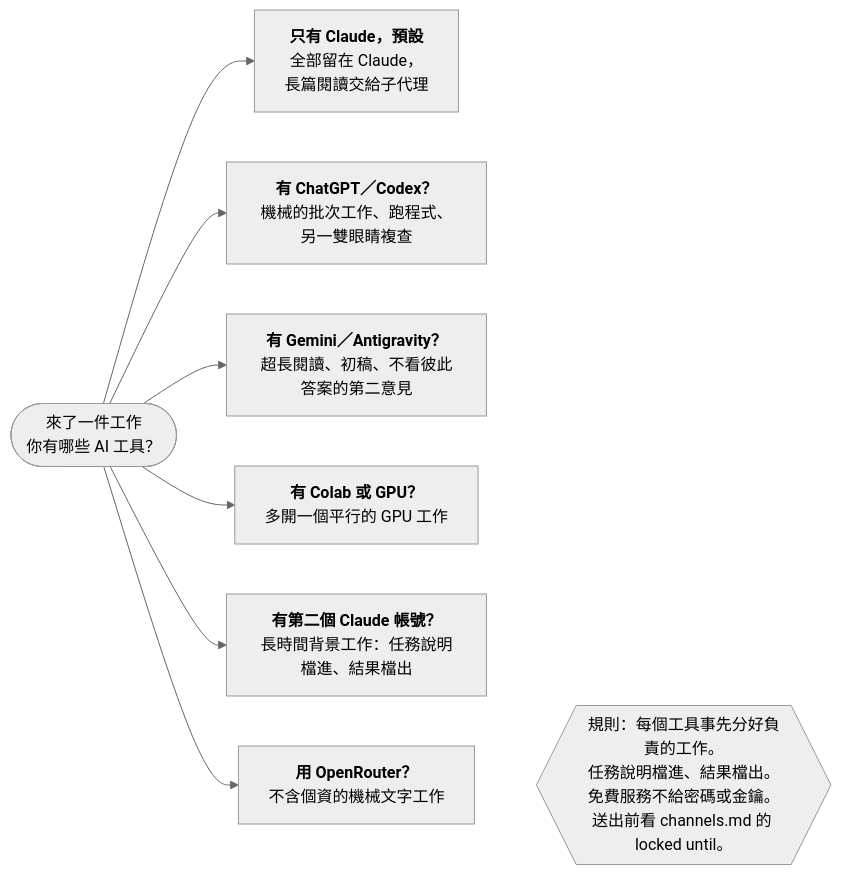
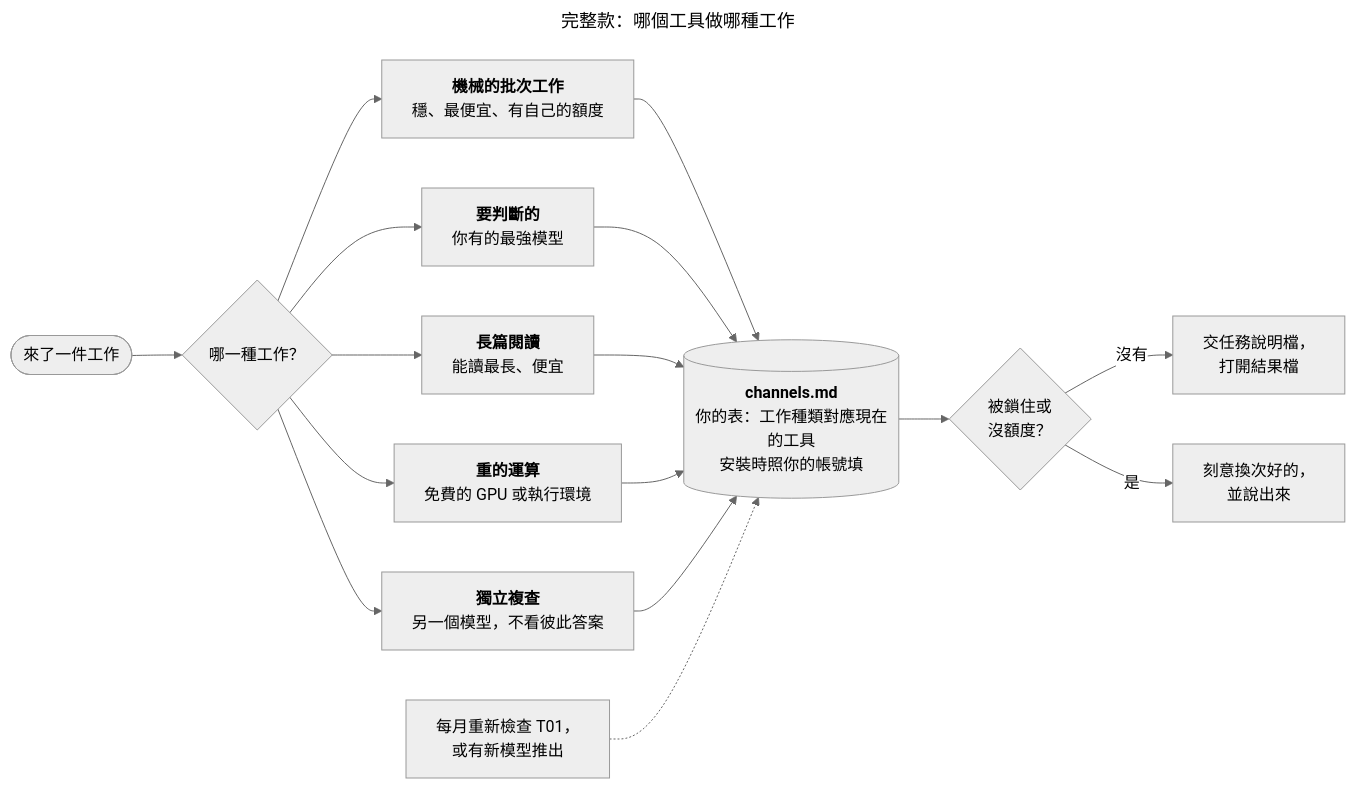
The sixth of 6 diagrams in docs/zh-TW/進階功能.md (0Smallcat0/second-brain-kit), drawn with Mermaid (neutral theme) before and after one commit. The commit also changed other lines of this file and 48 other files, not shown here.

````diff
--- a/docs/zh-TW/進階功能.md
+++ b/docs/zh-TW/進階功能.md
@@ -180,12 +241,17 @@
 ```mermaid
+---
+title: "完整款：哪個工具做哪種工作"
+---
 flowchart LR
-  J(["來了一件工作<br/>你有哪些 AI 工具？"])
-  J --> C0["<b>只有 Claude，預設</b><br/>全部留在 Claude，<br/>長篇閱讀交給子代理"]
-  J --> C1["<b>有 ChatGPT／Codex？</b><br/>機械的批次工作、跑程式、另一雙眼睛複查"]
-  J --> C2["<b>有 Gemini／Antigravity？</b><br/>超長閱讀、初稿、不看彼此答案的第二意見"]
-  J --> C3["<b>有 Colab 或 GPU？</b><br/>多開一個平行的 GPU 工作"]
-  J --> C4["<b>有第二個 Claude 帳號？</b><br/>長時間背景工作：任務說明檔進、結果檔出"]
-  J --> C5["<b>用 OpenRouter？</b><br/>不含個資的機械文字工作"]
-  R{{"規則：每個工具事先分好負責的工作。<br/>任務說明檔進、結果檔出。免費服務不給密碼或金鑰。<br/>送出前看 channels.md 的 locked until。"}}
-  C5 ~~~ R
+  J(["來了一件工作"]) --> K{"哪一種工作？"}
+  K --> B1["<b>機械的批次工作</b><br/>穩、最便宜、有自己的額度"]
+  K --> B2["<b>要判斷的</b><br/>你有的最強模型"]
+  K --> B3["<b>長篇閱讀</b><br/>能讀最長、便宜"]
+  K --> B4["<b>重的運算</b><br/>免費的 GPU 或執行環境"]
+  K --> B5["<b>獨立複查</b><br/>另一個模型，不看彼此答案"]
+  B1 & B2 & B3 & B4 & B5 --> C[("<b>channels.md</b><br/>你的表：工作種類對應現在的工具<br/>安裝時照你的帳號填")]
+  C --> L{"被鎖住或<br/>沒額度？"}
+  L -->|沒有| Go["交任務說明檔，<br/>打開結果檔"]
+  L -->|是| Next["刻意換次好的，<br/>並說出來"]
+  Re["每月重新檢查 T01，<br/>或有新模型推出"] -.-> C
 ```
````
